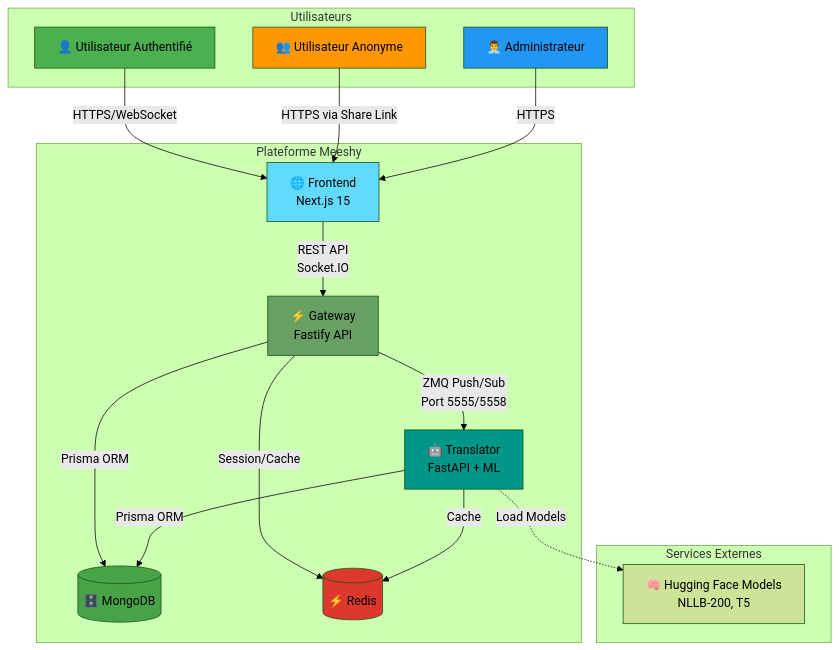
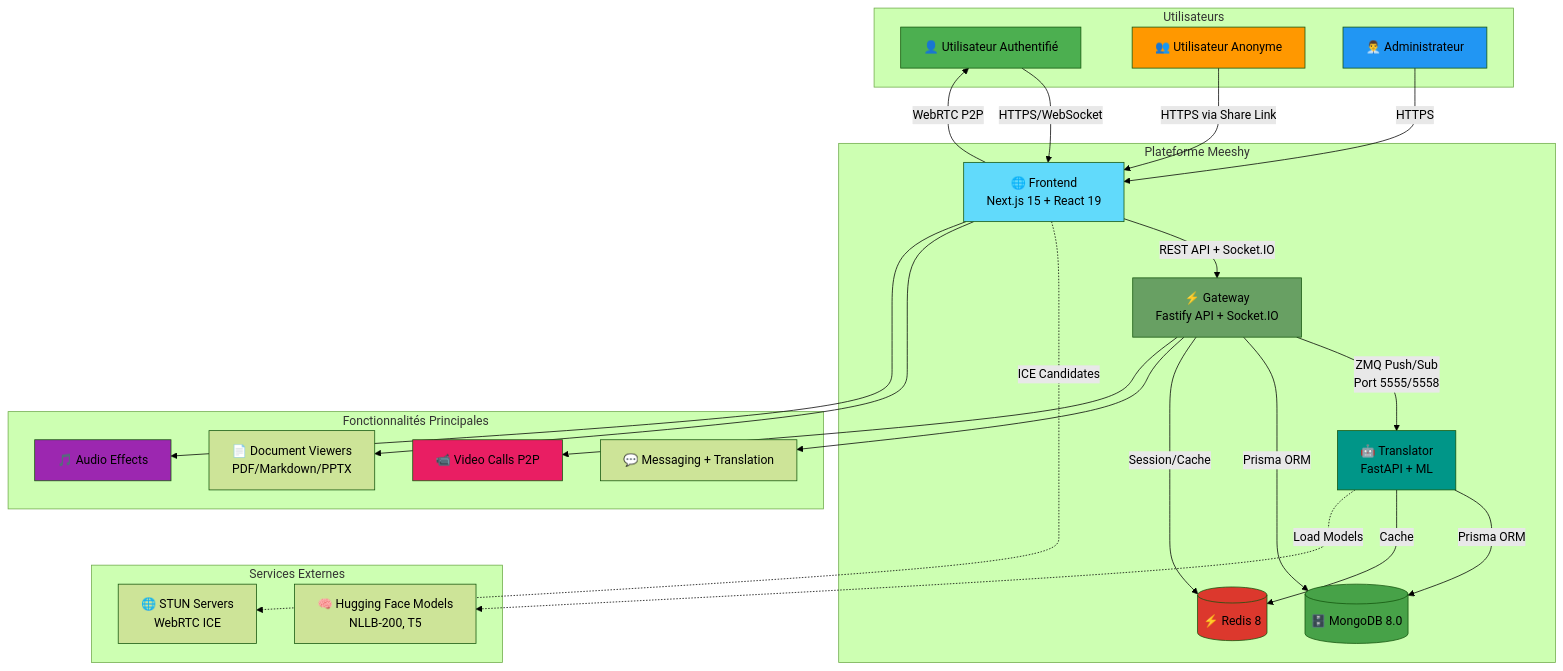
The first of 17 diagrams in docs/architecture-diagrams.md (jcnm/meeshy), drawn with Mermaid (forest theme) before and after one commit. The commit also changed other lines of this file, not shown here.

First line of the commit message:
docs: update all architecture diagrams to v2.0 with latest features

````diff
--- a/docs/architecture-diagrams.md
+++ b/docs/architecture-diagrams.md
@@ -26,42 +31,60 @@
 ```mermaid
 graph TB
     subgraph "Utilisateurs"
         User[👤 Utilisateur Authentifié]
         Anonymous[👥 Utilisateur Anonyme]
         Admin[👨‍💼 Administrateur]
     end
 
     subgraph "Plateforme Meeshy"
-        Frontend[🌐 Frontend<br/>Next.js 15]
-        Gateway[⚡ Gateway<br/>Fastify API]
+        Frontend[🌐 Frontend<br/>Next.js 15 + React 19]
+        Gateway[⚡ Gateway<br/>Fastify API + Socket.IO]
         Translator[🤖 Translator<br/>FastAPI + ML]
-        Database[(🗄️ MongoDB)]
-        Cache[(⚡ Redis)]
+        Database[(🗄️ MongoDB 8.0)]
+        Cache[(⚡ Redis 8)]
     end
 
     subgraph "Services Externes"
         ML[🧠 Hugging Face Models<br/>NLLB-200, T5]
+        STUN[🌐 STUN Servers<br/>WebRTC ICE]
+    end
+
+    subgraph "Fonctionnalités Principales"
+        Messaging[💬 Messaging + Translation]
+        VideoCall[📹 Video Calls P2P]
+        Viewers[📄 Document Viewers<br/>PDF/Markdown/PPTX]
+        AudioFX[🎵 Audio Effects]
     end
 
     User -->|HTTPS/WebSocket| Frontend
     Anonymous -->|HTTPS via Share Link| Frontend
     Admin -->|HTTPS| Frontend
 
-    Frontend -->|REST API<br/>Socket.IO| Gateway
+    Frontend -->|REST API + Socket.IO| Gateway
+    Frontend -->|WebRTC P2P| User
     Gateway -->|ZMQ Push/Sub<br/>Port 5555/5558| Translator
     Gateway -->|Prisma ORM| Database
     Gateway -->|Session/Cache| Cache
 
     Translator -->|Prisma ORM| Database
     Translator -->|Cache| Cache
     Translator -.->|Load Models| ML
+
+    Frontend -.->|ICE Candidates| STUN
+
+    Gateway --> Messaging
+    Gateway --> VideoCall
+    Frontend --> Viewers
+    Frontend --> AudioFX
 
     style User fill:#4CAF50
     style Anonymous fill:#FF9800
     style Admin fill:#2196F3
     style Frontend fill:#61DAFB
     style Gateway fill:#68A063
     style Translator fill:#009688
     style Database fill:#47A248
     style Cache fill:#DC382D
+    style VideoCall fill:#E91E63
+    style AudioFX fill:#9C27B0
 ```
````
